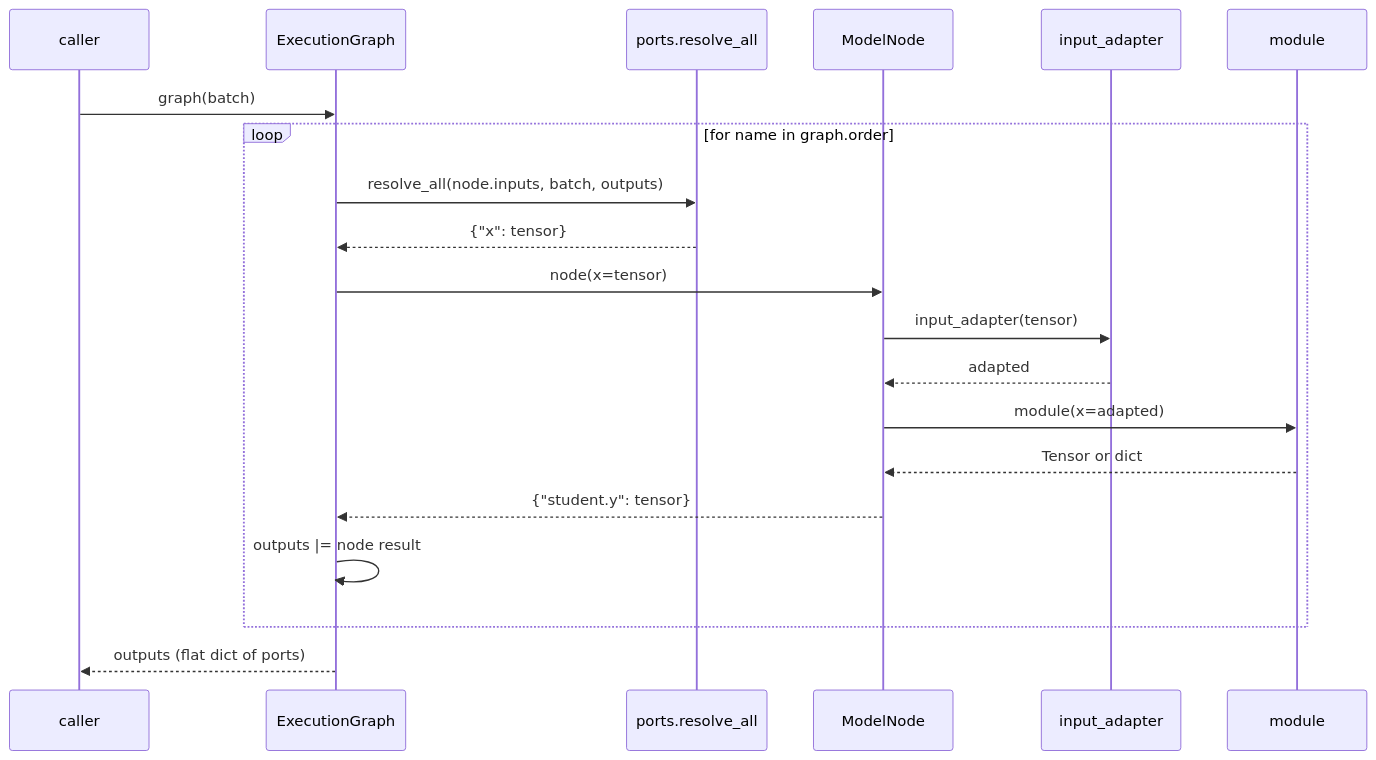
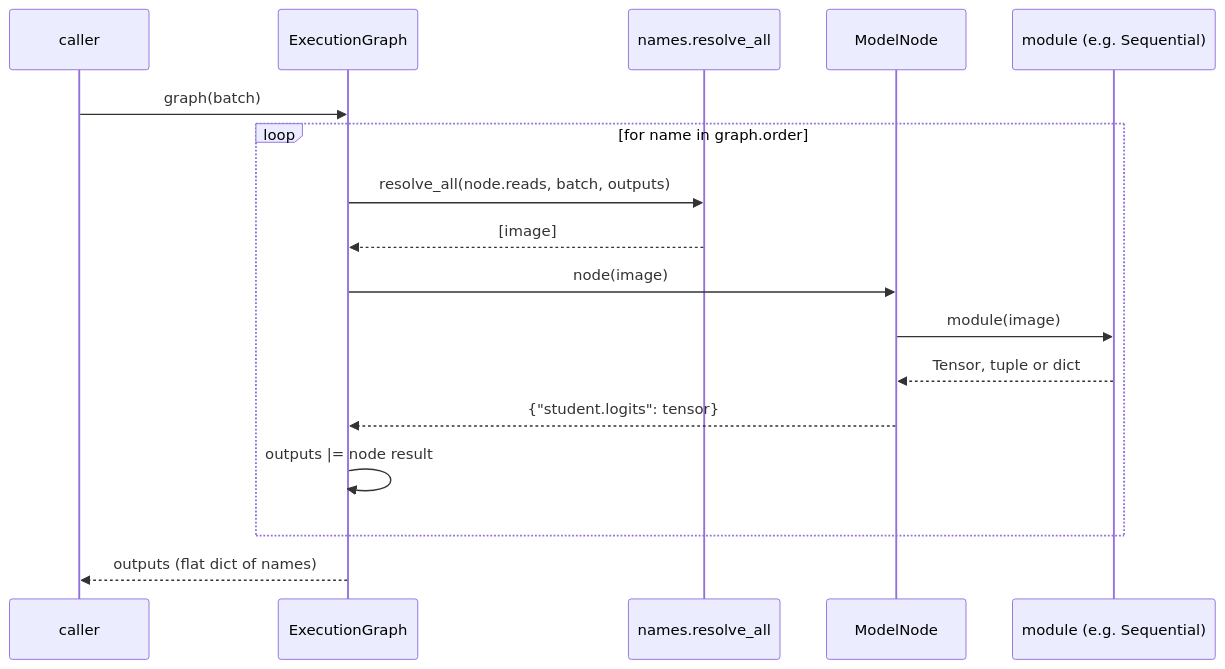
One commit to tile-and-error/imagenet-classification changed the second of 5 diagrams in COMMIT.md. Above: the diagram before and after it, drawn with Mermaid. The commit also changed other lines of this file and 2 other files, not shown here.

````diff
--- a/COMMIT.md
+++ b/COMMIT.md
@@ -141,22 +177,19 @@
 ```mermaid
 sequenceDiagram
     participant C as caller
     participant G as ExecutionGraph
-    participant P as ports.resolve_all
+    participant R as names.resolve_all
     participant N as ModelNode
-    participant A as input_adapter
-    participant M as module
+    participant M as module (e.g. Sequential)
     C->>G: graph(batch)
     loop for name in graph.order
-        G->>P: resolve_all(node.inputs, batch, outputs)
-        P-->>G: {"x": tensor}
-        G->>N: node(x=tensor)
-        N->>A: input_adapter(tensor)
-        A-->>N: adapted
-        N->>M: module(x=adapted)
-        M-->>N: Tensor or dict
-        N-->>G: {"student.y": tensor}
+        G->>R: resolve_all(node.reads, batch, outputs)
+        R-->>G: [image]
+        G->>N: node(image)
+        N->>M: module(image)
+        M-->>N: Tensor, tuple or dict
+        N-->>G: {"student.logits": tensor}
         G->>G: outputs |= node result
     end
-    G-->>C: outputs (flat dict of ports)
+    G-->>C: outputs (flat dict of names)
 ```
````
